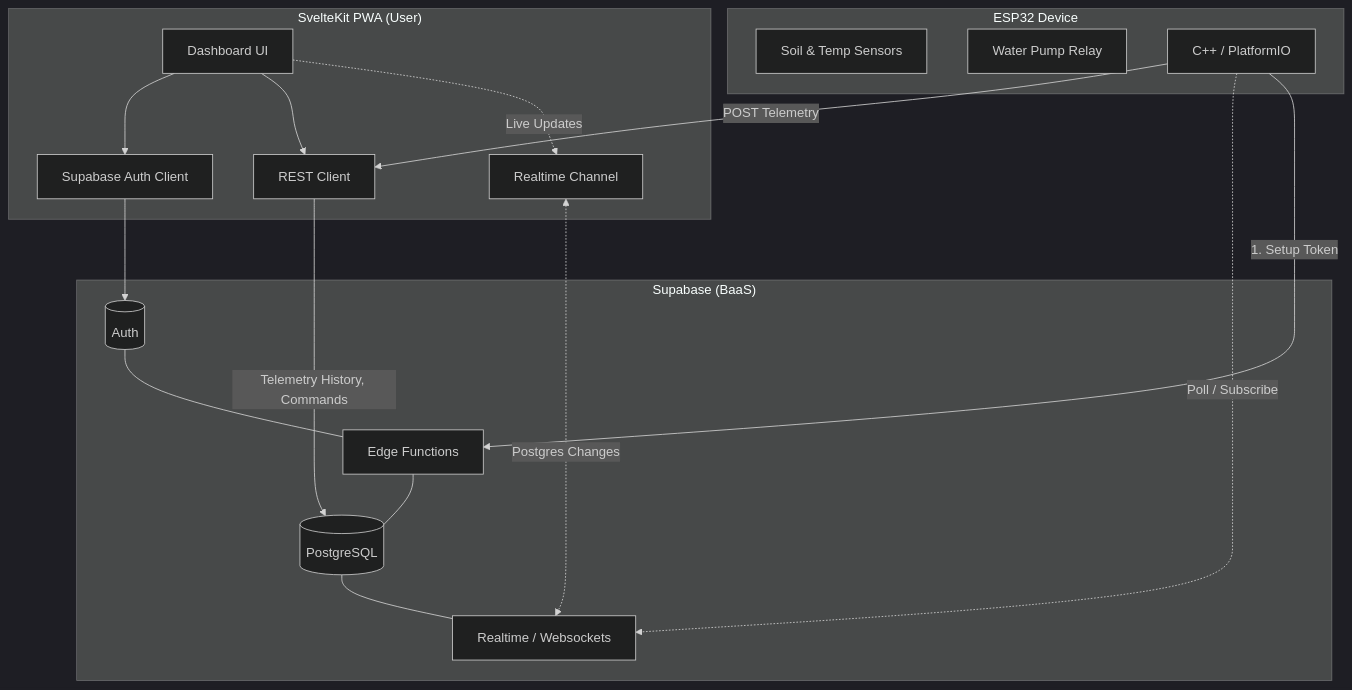
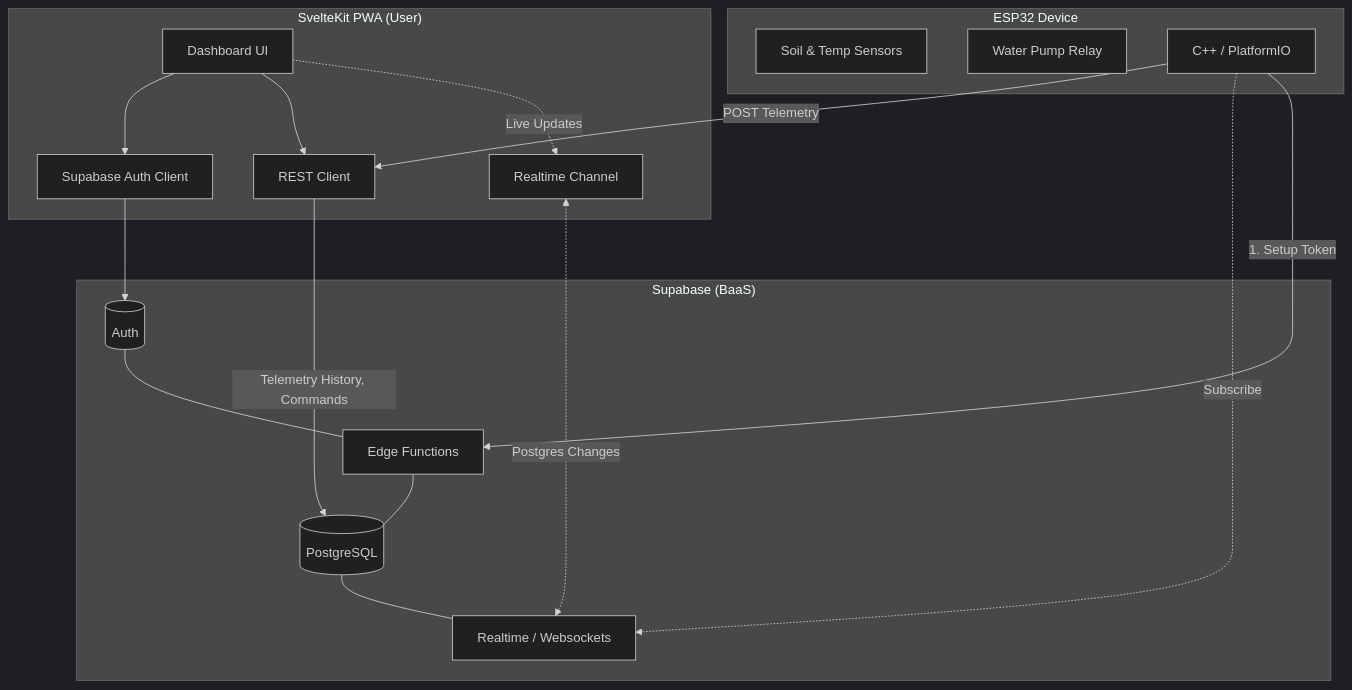
Before and after one commit to minhvt22/iot-watering: the first of 3 diagrams in ARCHITECTURE.md, drawn with Mermaid (dark theme). The commit also changed other lines of this file and 42 other files, not shown here.

````diff
--- a/ARCHITECTURE.md
+++ b/ARCHITECTURE.md
@@ -11,41 +11,41 @@
 ```mermaid
 graph TD
     subgraph Frontend ["SvelteKit PWA (User)"]
         UI[Dashboard UI]
         AuthClient[Supabase Auth Client]
         RestQuery[REST Client]
         RTChannel[Realtime Channel]
     end
 
     subgraph Backend ["Supabase (BaaS)"]
         AuthDB[(Auth)]
         DB[(PostgreSQL)]
         Edge[Edge Functions]
         Realtime[Realtime / Websockets]
     end
 
     subgraph Hardware ["ESP32 Device"]
         Sensors[Soil & Temp Sensors]
         Relay[Water Pump Relay]
         Firmware[C++ / PlatformIO]
     end
 
     %% Frontend connections
     UI --> AuthClient
     UI --> RestQuery
     UI -.->|Live Updates| RTChannel
     
     AuthClient --> AuthDB
     RestQuery -->|Telemetry History, Commands| DB
     RTChannel <-.->|Postgres Changes| Realtime
 
     %% Hardware connections
     Firmware -->|POST Telemetry| RestQuery
-    Firmware -.->|Poll / Subscribe| Realtime
+    Firmware -.->|Subscribe| Realtime
     Firmware -->|1. Setup Token| Edge
     
     %% Internal Backend
     DB --- Realtime
     AuthDB --- Edge
     Edge --- DB
 ```
````
